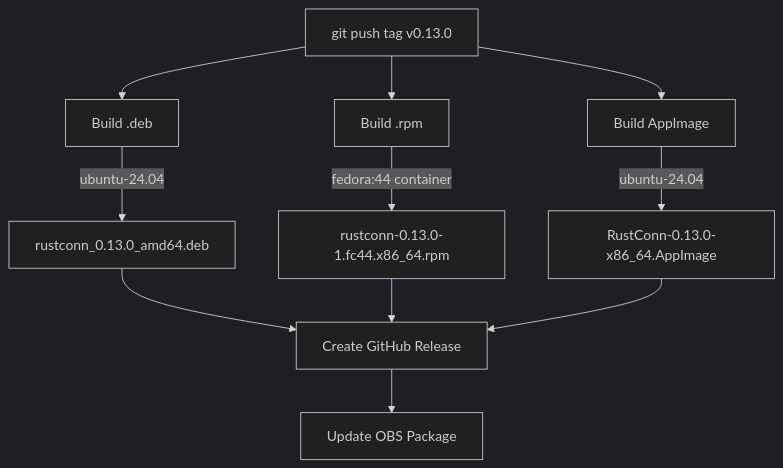
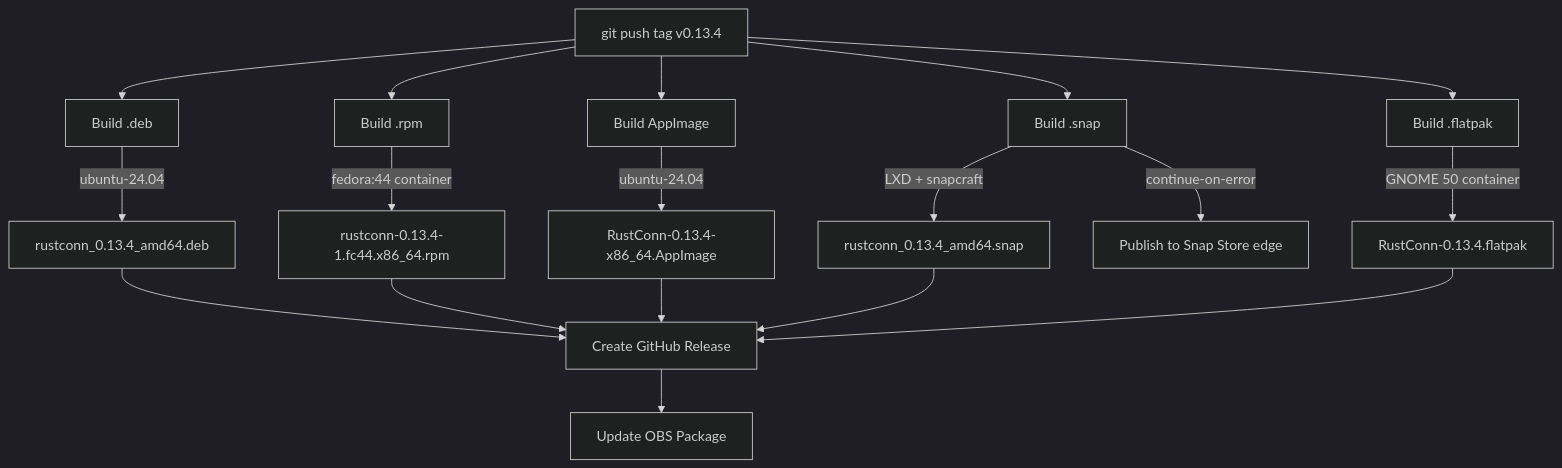
One commit to shanecaf/RustConn changed the third of 6 diagrams in docs/CI_BUILD_FLOW.md. Above: the diagram before and after it, drawn with Mermaid (dark theme). The commit also changed other lines of this file and 3 other files, not shown here.

````diff
--- a/docs/CI_BUILD_FLOW.md
+++ b/docs/CI_BUILD_FLOW.md
@@ -55,16 +56,24 @@
 ```mermaid
 graph TD
-    Tag[git push tag v0.13.0] --> BuildDeb[Build .deb]
+    Tag[git push tag v0.13.4] --> BuildDeb[Build .deb]
     Tag --> BuildRPM[Build .rpm]
     Tag --> BuildAppImage[Build AppImage]
+    Tag --> BuildSnap[Build .snap]
+    Tag --> BuildFlatpak[Build .flatpak]
 
-    BuildDeb --> |ubuntu-24.04| DebArtifact[rustconn_0.13.0_amd64.deb]
-    BuildRPM --> |fedora:44 container| RPMArtifact[rustconn-0.13.0-1.fc44.x86_64.rpm]
-    BuildAppImage --> |ubuntu-24.04| AppImageArtifact[RustConn-0.13.0-x86_64.AppImage]
+    BuildDeb --> |ubuntu-24.04| DebArtifact[rustconn_0.13.4_amd64.deb]
+    BuildRPM --> |fedora:44 container| RPMArtifact[rustconn-0.13.4-1.fc44.x86_64.rpm]
+    BuildAppImage --> |ubuntu-24.04| AppImageArtifact[RustConn-0.13.4-x86_64.AppImage]
+    BuildSnap --> |LXD + snapcraft| SnapArtifact[rustconn_0.13.4_amd64.snap]
+    BuildFlatpak --> |GNOME 50 container| FlatpakArtifact[RustConn-0.13.4.flatpak]
+
+    BuildSnap --> |continue-on-error| SnapStore[Publish to Snap Store edge]
 
     DebArtifact --> Release[Create GitHub Release]
     RPMArtifact --> Release
     AppImageArtifact --> Release
+    SnapArtifact --> Release
+    FlatpakArtifact --> Release
 
     Release --> UpdateOBS[Update OBS Package]
 ```
````
